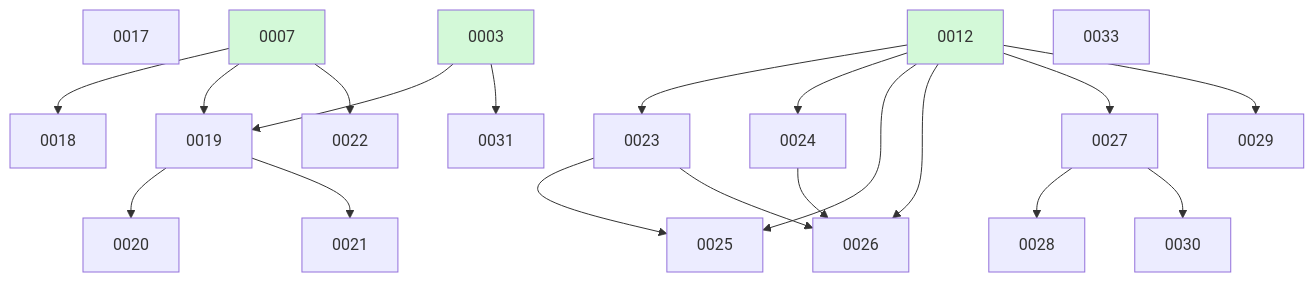
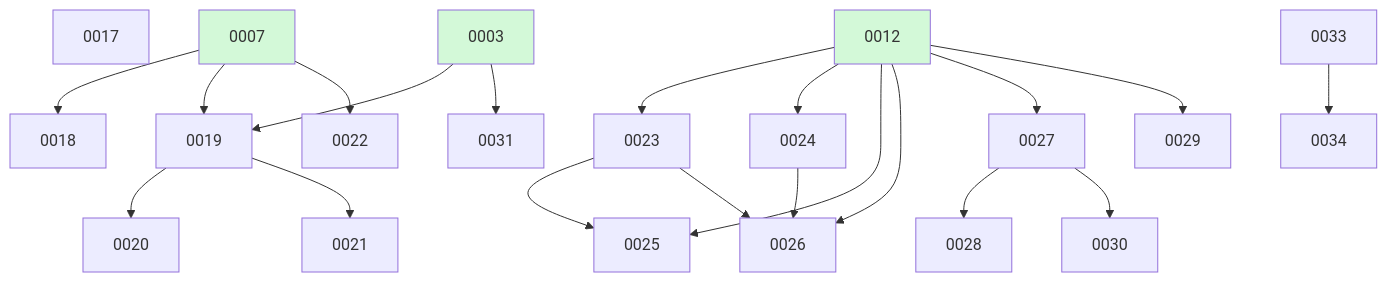
The diagram in docs/changes/BOARD.md (ethanhinson/fuse), drawn with Mermaid before and after one commit. The commit also changed other lines of this file, not shown here.

````diff
--- a/docs/changes/BOARD.md
+++ b/docs/changes/BOARD.md
@@ -31,27 +32,28 @@
 ```mermaid
 graph TD
   0017
   0007 --> 0018
   0003 --> 0019
   0007 --> 0019
   0019 --> 0020
   0019 --> 0021
   0007 --> 0022
   0012 --> 0023
   0012 --> 0024
   0012 --> 0025
   0023 --> 0025
   0012 --> 0026
   0023 --> 0026
   0024 --> 0026
   0012 --> 0027
   0027 --> 0028
   0012 --> 0029
   0027 --> 0030
   0003 --> 0031
   0033
+  0033 --> 0034
   0003:::done
   0007:::done
   0012:::done
   classDef done fill:#d3f9d8;
 ```
````
